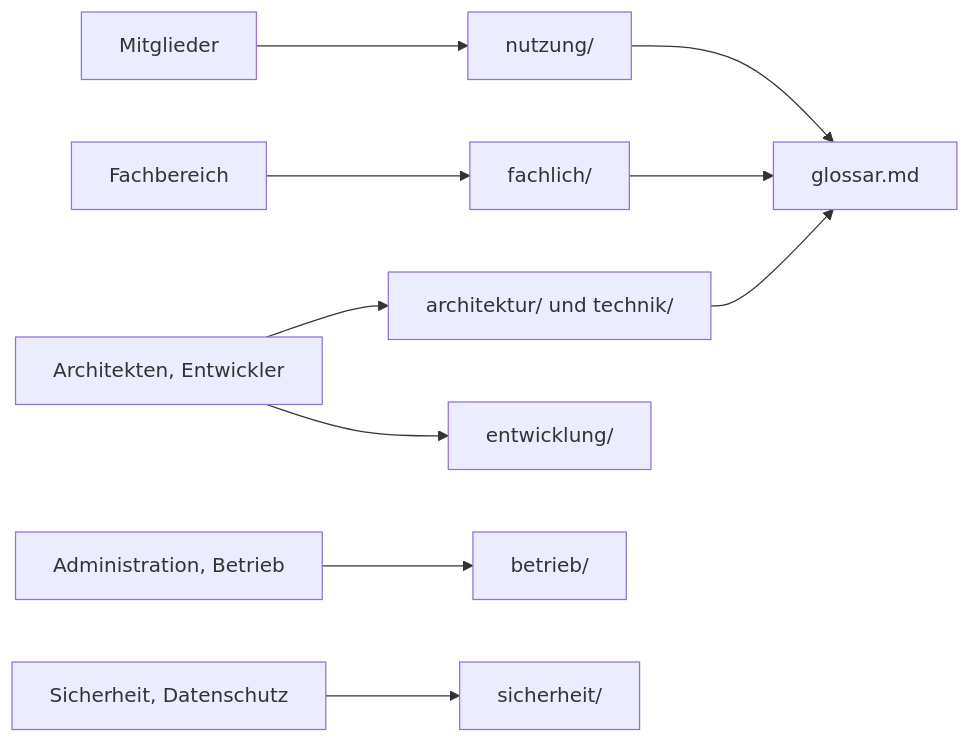
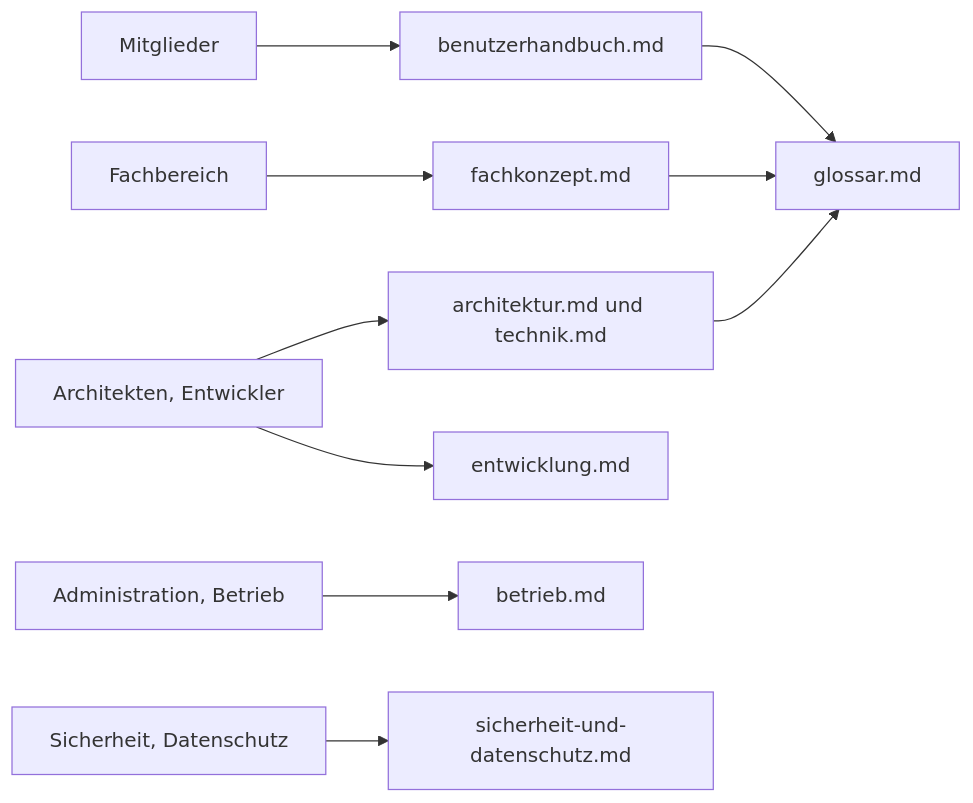
Before and after one commit to Wamocon/w.a.i.s: the diagram in docs/produktdokumentation/dokumentationskonzept.md, drawn with Mermaid. The commit also changed other lines of this file and 62 other files, not shown here.

````diff
--- a/docs/produktdokumentation/dokumentationskonzept.md
+++ b/docs/produktdokumentation/dokumentationskonzept.md
@@ -64,12 +64,12 @@
 ```mermaid
 flowchart LR
-  A["Mitglieder"] --> N["nutzung/"]
-  B["Fachbereich"] --> F["fachlich/"]
-  C["Architekten, Entwickler"] --> R["architektur/ und technik/"]
-  C --> E["entwicklung/"]
-  D["Administration, Betrieb"] --> T["betrieb/"]
-  S["Sicherheit, Datenschutz"] --> SI["sicherheit/"]
+  A["Mitglieder"] --> N["benutzerhandbuch.md"]
+  B["Fachbereich"] --> F["fachkonzept.md"]
+  C["Architekten, Entwickler"] --> R["architektur.md und technik.md"]
+  C --> E["entwicklung.md"]
+  D["Administration, Betrieb"] --> T["betrieb.md"]
+  S["Sicherheit, Datenschutz"] --> SI["sicherheit-und-datenschutz.md"]
   N --> G["glossar.md"]
   F --> G
   R --> G
 ```
````
